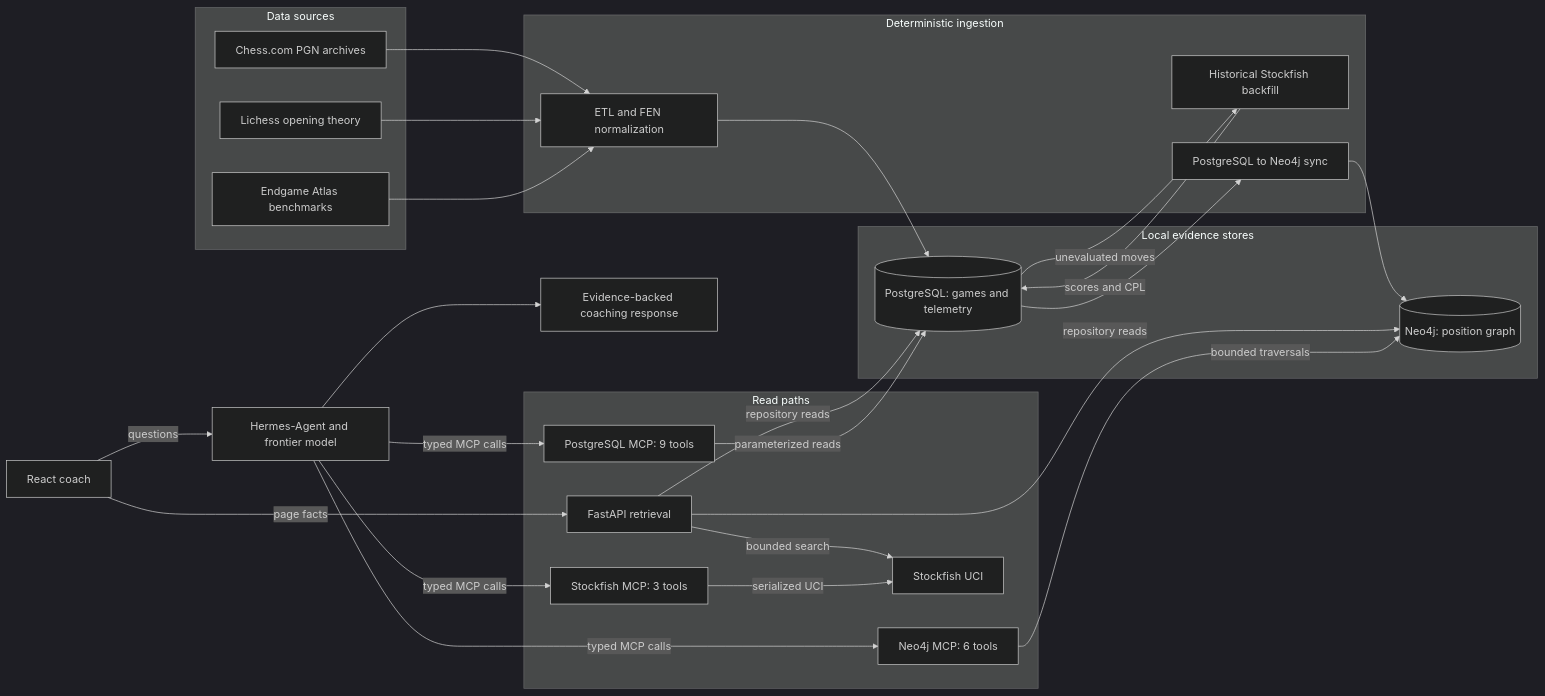
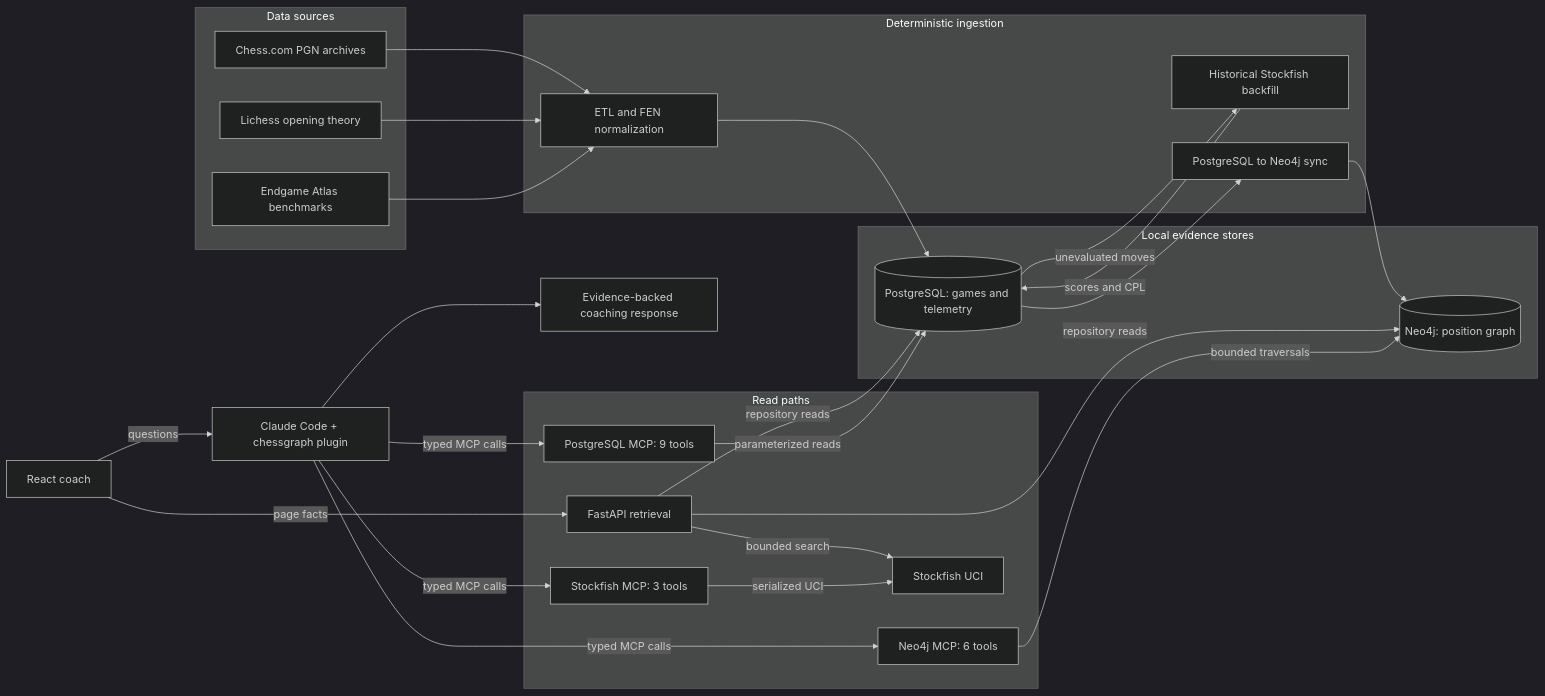
Before and after one commit to JunENSAI/ChessGraph-MCP: the first of 2 diagrams in README.md, drawn with Mermaid (dark theme). The commit also changed other lines of this file and 28 other files, not shown here.

First line of the commit message:
feat: batch 2 - Claude Code plugin replaces the Hermes host

````diff
--- a/README.md
+++ b/README.md
@@ -47,53 +48,53 @@
 ```mermaid
 flowchart LR
     subgraph sources [Data sources]
         pgn["Chess.com PGN archives"]
         openings["Lichess opening theory"]
         endgames["Endgame Atlas benchmarks"]
     end
 
     subgraph ingestion [Deterministic ingestion]
         normalizer["ETL and FEN normalization"]
         backfill["Historical Stockfish backfill"]
         graphSync["PostgreSQL to Neo4j sync"]
     end
 
     subgraph knowledge [Local evidence stores]
         postgres[("PostgreSQL: games and telemetry")]
         neo4j[("Neo4j: position graph")]
     end
 
     subgraph runtime [Read paths]
         api["FastAPI retrieval"]
         pgMcp["PostgreSQL MCP: 9 tools"]
         graphMcp["Neo4j MCP: 6 tools"]
         sfMcp["Stockfish MCP: 3 tools"]
         stockfish["Stockfish UCI"]
     end
 
     ui["React coach"]
-    host["Hermes-Agent and frontier model"]
+    host["Claude Code + chessgraph plugin"]
     coach["Evidence-backed coaching response"]
 
     pgn --> normalizer
     openings --> normalizer
     endgames --> normalizer
     normalizer --> postgres
     postgres -->|"unevaluated moves"| backfill
     backfill -->|"scores and CPL"| postgres
     postgres --> graphSync
     graphSync --> neo4j
 
     ui -->|"page facts"| api
     ui -->|"questions"| host
     api -->|"repository reads"| postgres
     api -->|"repository reads"| neo4j
     api -->|"bounded search"| stockfish
     host -->|"typed MCP calls"| pgMcp
     host -->|"typed MCP calls"| graphMcp
     host -->|"typed MCP calls"| sfMcp
     pgMcp -->|"parameterized reads"| postgres
     graphMcp -->|"bounded traversals"| neo4j
     sfMcp -->|"serialized UCI"| stockfish
     host --> coach
 ```
````
